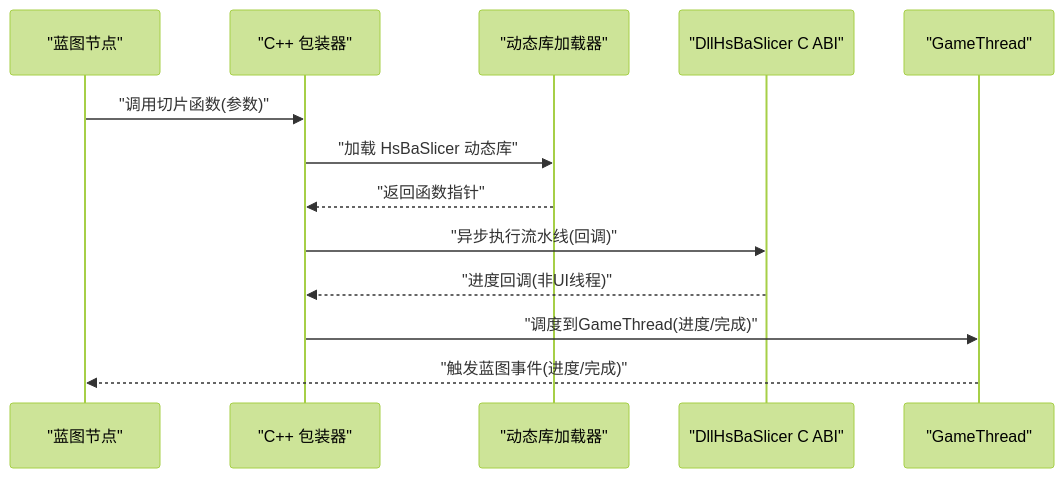
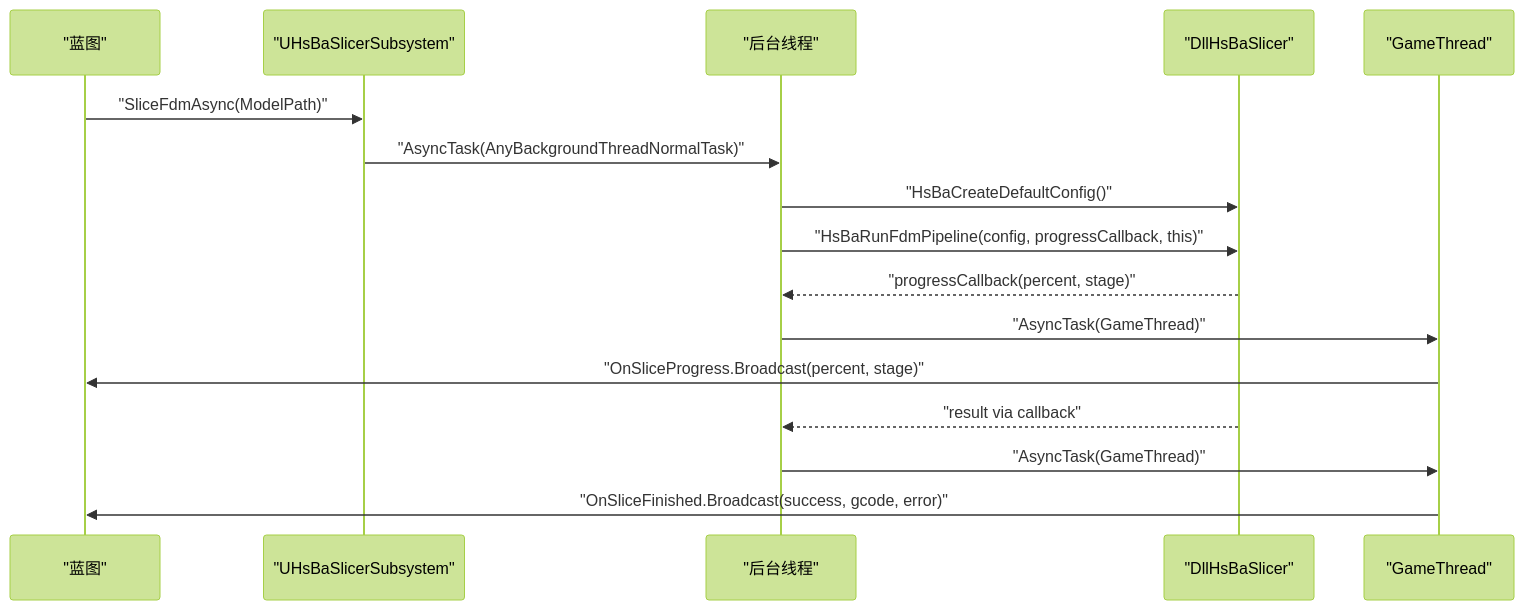
The second of 7 diagrams in .qoder/repowiki/zh/content/集成指南/游戏引擎集成/Unreal Engine 集成.md (hsmbanlance/HsBaSlicer), drawn with Mermaid (forest theme) before and after one commit. The commit also changed other lines of this file and 1135 other files, not shown here.

````diff
--- a/.qoder/repowiki/zh/content/集成指南/游戏引擎集成/Unreal Engine 集成.md
+++ b/.qoder/repowiki/zh/content/集成指南/游戏引擎集成/Unreal Engine 集成.md
@@ -74,15 +84,18 @@
 ```mermaid
 sequenceDiagram
-participant BP as "蓝图节点"
-participant Wrapper as "C++ 包装器"
-participant Loader as "动态库加载器"
-participant API as "DllHsBaSlicer C ABI"
-participant GT as "GameThread"
-BP->>Wrapper : "调用切片函数(参数)"
-Wrapper->>Loader : "加载 HsBaSlicer 动态库"
-Loader-->>Wrapper : "返回函数指针"
-Wrapper->>API : "异步执行流水线(回调)"
-API-->>Wrapper : "进度回调(非UI线程)"
-Wrapper->>GT : "调度到GameThread(进度/完成)"
-GT-->>BP : "触发蓝图事件(进度/完成)"
+participant BP as "蓝图"
+participant Subsys as "UHsBaSlicerSubsystem"
+participant Async as "后台线程"
+participant Native as "DllHsBaSlicer"
+participant GameThread as "GameThread"
+BP->>Subsys : "SliceFdmAsync(ModelPath)"
+Subsys->>Async : "AsyncTask(AnyBackgroundThreadNormalTask)"
+Async->>Native : "HsBaCreateDefaultConfig()"
+Async->>Native : "HsBaRunFdmPipeline(config, progressCallback, this)"
+Native-->>Async : "progressCallback(percent, stage)"
+Async->>GameThread : "AsyncTask(GameThread)"
+GameThread->>BP : "OnSliceProgress.Broadcast(percent, stage)"
+Native-->>Async : "result via callback"
+Async->>GameThread : "AsyncTask(GameThread)"
+GameThread->>BP : "OnSliceFinished.Broadcast(success, gcode, error)"
 ```
````
